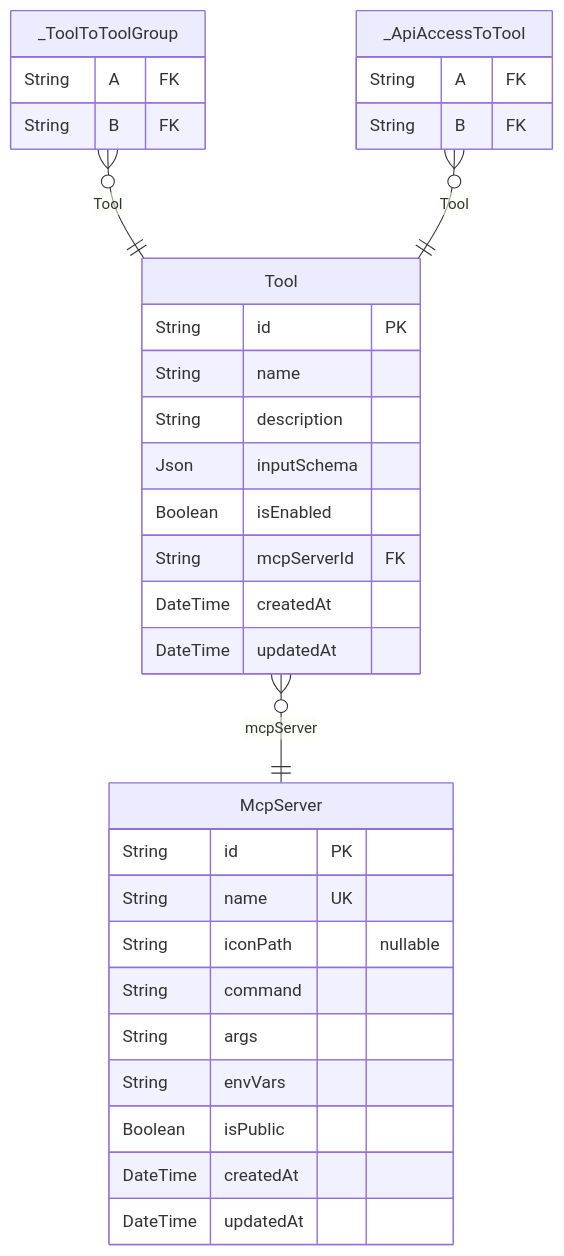
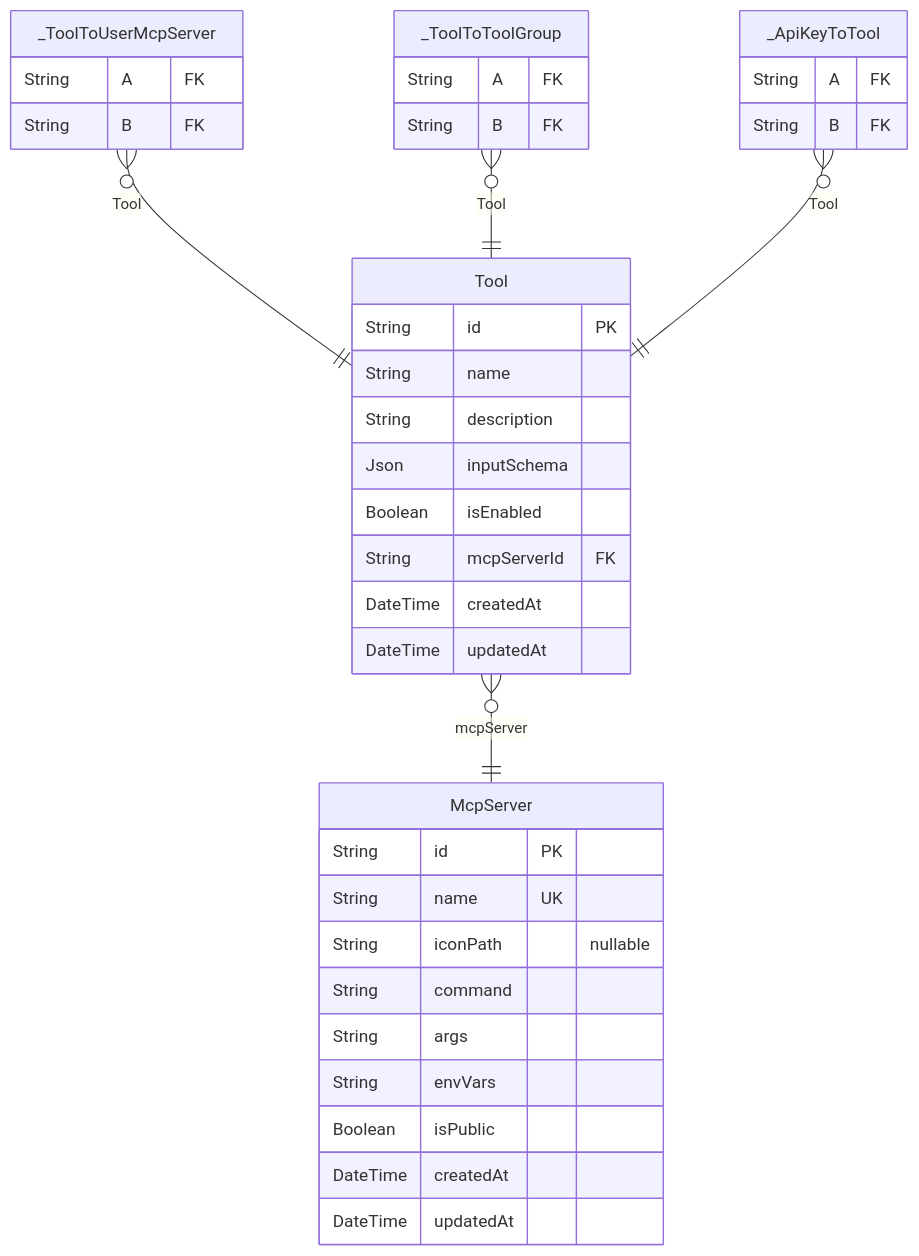
One commit to rayven122/tumiki changed the second of 3 diagrams in prisma/README.md. Above: the diagram before and after it, drawn with Mermaid. The commit also changed other lines of this file and 4 other files, not shown here.

Commit message:
データベース構造を更新し、McpServer、UserMcpServer、ToolGroup、ApiKeyモデルに新しいフィールドを追加しました。また、関連するリレーションを整理し、ユーザーが利用できるMCPサーバーの設定を強化しました。README.mdの内容も更新しました。

````diff
--- a/prisma/README.md
+++ b/prisma/README.md
@@ -117,35 +178,40 @@
 ```mermaid
 erDiagram
 "McpServer" {
   String id PK
   String name UK
   String iconPath "nullable"
   String command
   String args
   String envVars
   Boolean isPublic
   DateTime createdAt
   DateTime updatedAt
 }
 "Tool" {
   String id PK
   String name
   String description
   Json inputSchema
   Boolean isEnabled
   String mcpServerId FK
   DateTime createdAt
   DateTime updatedAt
 }
+"_ToolToUserMcpServer" {
+  String A FK
+  String B FK
+}
 "_ToolToToolGroup" {
   String A FK
   String B FK
 }
-"_ApiAccessToTool" {
+"_ApiKeyToTool" {
   String A FK
   String B FK
 }
 "Tool" }o--|| "McpServer" : mcpServer
+"_ToolToUserMcpServer" }o--|| "Tool" : Tool
 "_ToolToToolGroup" }o--|| "Tool" : Tool
-"_ApiAccessToTool" }o--|| "Tool" : Tool
+"_ApiKeyToTool" }o--|| "Tool" : Tool
 ```
````
